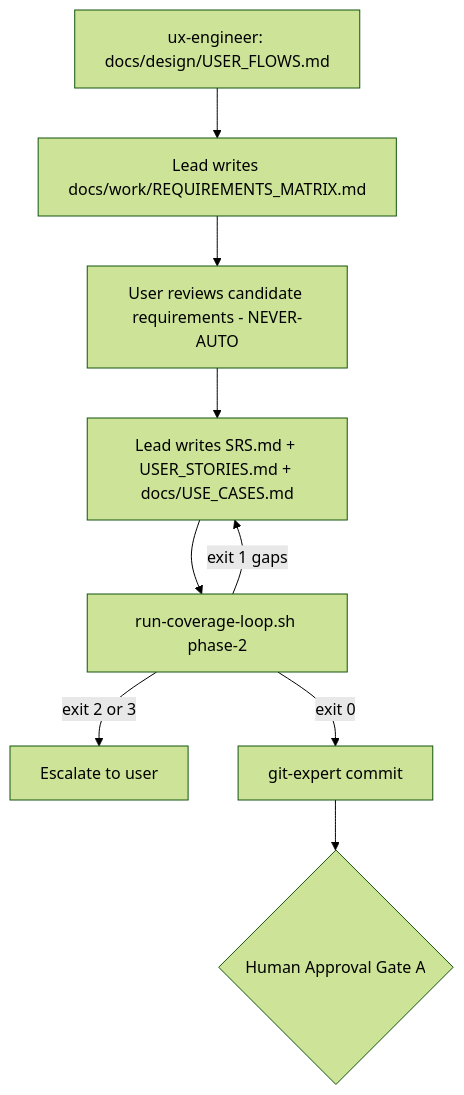
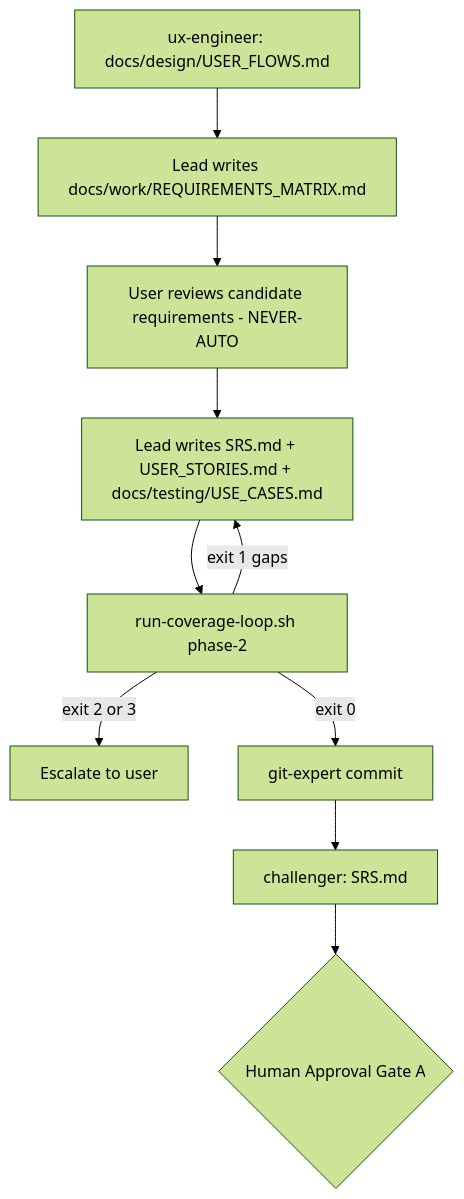
One commit to bpmforge/attest changed the fourth of 7 diagrams in docs/flows/new-project.md. Above: the diagram before and after it, drawn with Mermaid (forest theme). The commit also changed other lines of this file and 6 other files, not shown here.

First line of the commit message:
fix(sdlc): one USE_CASES.md path — docs/testing/, legacy root still accepted

````diff
--- a/docs/flows/new-project.md
+++ b/docs/flows/new-project.md
@@ -50,10 +50,10 @@
 ```mermaid
 flowchart TD
     A["ux-engineer: docs/design/USER_FLOWS.md"] --> B["Lead writes docs/work/REQUIREMENTS_MATRIX.md"]
     B --> C["User reviews candidate requirements - NEVER-AUTO"]
-    C --> D["Lead writes SRS.md + USER_STORIES.md + docs/USE_CASES.md"]
+    C --> D["Lead writes SRS.md + USER_STORIES.md + docs/testing/USE_CASES.md"]
     D --> G["run-coverage-loop.sh phase-2"]
     G -->|exit 1 gaps| D
     G -->|"exit 2 or 3"| E[Escalate to user]
-    G -->|exit 0| K["git-expert commit"] --> GA{"Human Approval Gate A"}
+    G -->|exit 0| K["git-expert commit"] --> CA["challenger: SRS.md"] --> GA{"Human Approval Gate A"}
 ```
````
